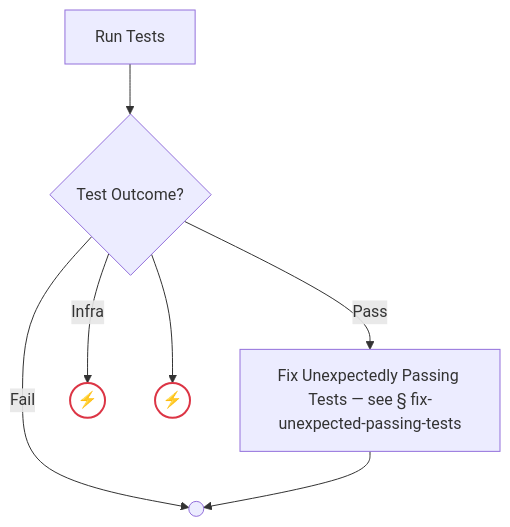
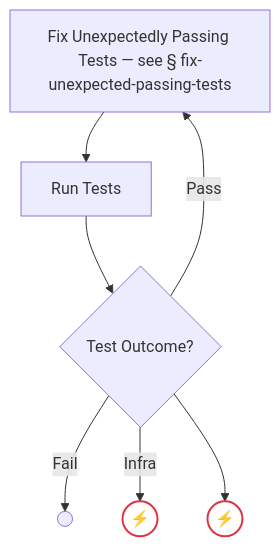
Diagram 24 of 54 in docs/process-diagram.md (optivem/gh-optivem), drawn with Mermaid before and after one commit. The commit also changed other lines of this file and 4 other files, not shown here.

Commit message:
atdd: regenerate process-flow diagram

````diff
--- a/docs/process-diagram.md
+++ b/docs/process-diagram.md
@@ -479,19 +479,19 @@
 ```mermaid
 flowchart TD
     FIX_UNEXPECTED_PASSING_TESTS[Fix Unexpectedly Passing Tests — see § fix-unexpected-passing-tests]
     GATE_TESTS_OUTCOME{Test Outcome?}
     RUN_TESTS[Run Tests]
     TESTS_INFRA_HALT((⚡))
     UNKNOWN_TESTS_OUTCOME((⚡))
     VERIFY_FAIL_END(( ))
 
     RUN_TESTS --> GATE_TESTS_OUTCOME
     GATE_TESTS_OUTCOME -- Pass --> FIX_UNEXPECTED_PASSING_TESTS
     GATE_TESTS_OUTCOME -- Fail --> VERIFY_FAIL_END
     GATE_TESTS_OUTCOME -- Infra --> TESTS_INFRA_HALT
     GATE_TESTS_OUTCOME --> UNKNOWN_TESTS_OUTCOME
-    FIX_UNEXPECTED_PASSING_TESTS --> VERIFY_FAIL_END
+    FIX_UNEXPECTED_PASSING_TESTS --> RUN_TESTS
 
     classDef errorEndNode fill:#ffffff,stroke:#dc3545,stroke-width:2px,color:#000000
     class TESTS_INFRA_HALT,UNKNOWN_TESTS_OUTCOME errorEndNode
 ```
````
